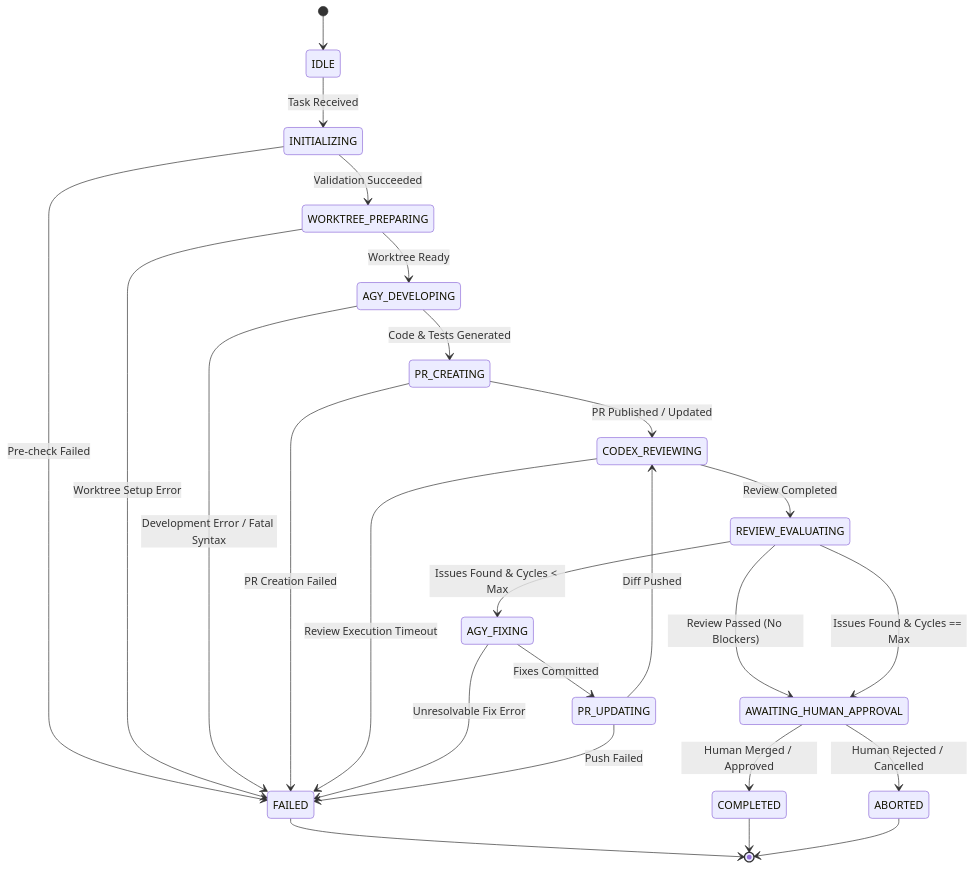
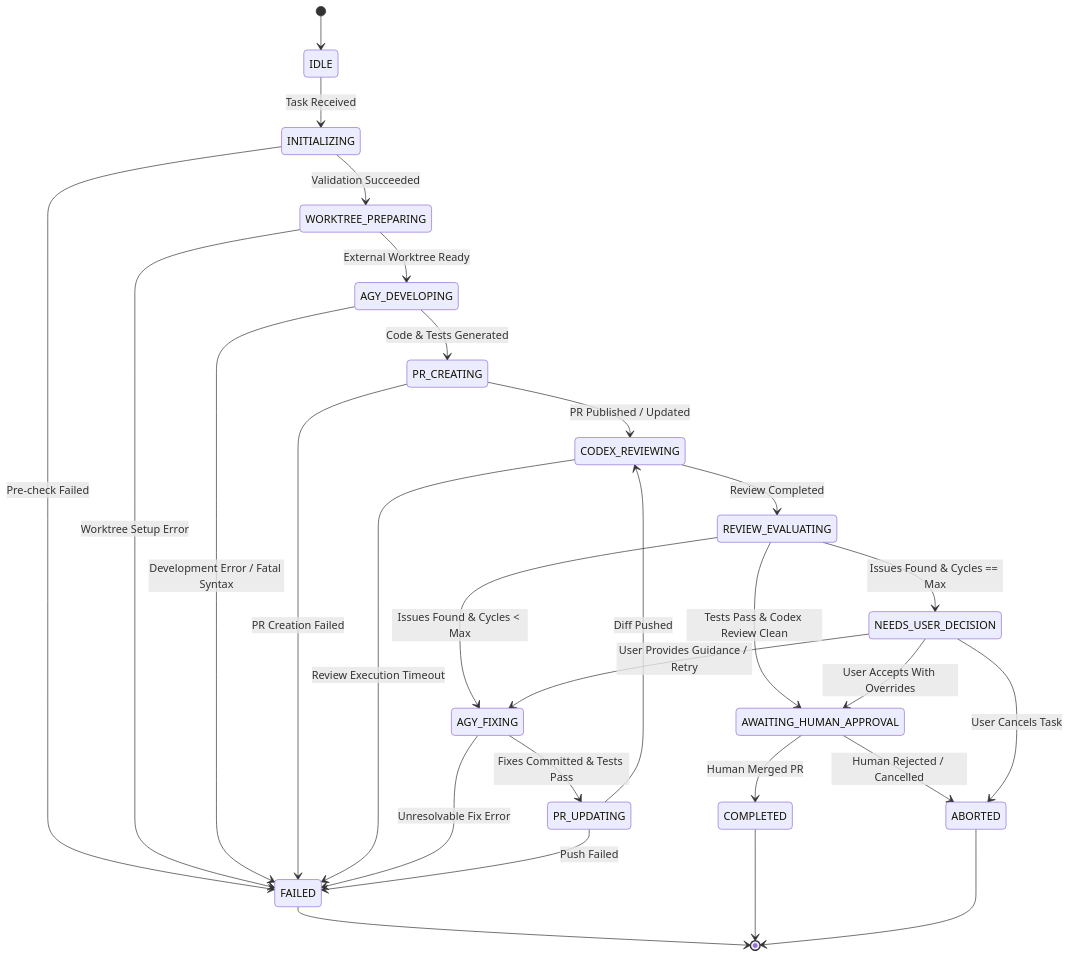
The diagram in docs/state-machine.md (echoleesong/codex-anti-orchestrator), drawn with Mermaid before and after one commit. The commit also changed other lines of this file and 7 other files, not shown here.

Commit message:
fix: resolve PR #1 review blockers (doctor, state machine, external worktrees)

````diff
--- a/docs/state-machine.md
+++ b/docs/state-machine.md
@@ -11,36 +11,40 @@
 ```mermaid
 stateDiagram-v2
     [*] --> IDLE
     IDLE --> INITIALIZING: Task Received
     INITIALIZING --> WORKTREE_PREPARING: Validation Succeeded
     INITIALIZING --> FAILED: Pre-check Failed
 
-    WORKTREE_PREPARING --> AGY_DEVELOPING: Worktree Ready
+    WORKTREE_PREPARING --> AGY_DEVELOPING: External Worktree Ready
     WORKTREE_PREPARING --> FAILED: Worktree Setup Error
 
     AGY_DEVELOPING --> PR_CREATING: Code & Tests Generated
     AGY_DEVELOPING --> FAILED: Development Error / Fatal Syntax
 
     PR_CREATING --> CODEX_REVIEWING: PR Published / Updated
     PR_CREATING --> FAILED: PR Creation Failed
 
     CODEX_REVIEWING --> REVIEW_EVALUATING: Review Completed
     CODEX_REVIEWING --> FAILED: Review Execution Timeout
 
-    REVIEW_EVALUATING --> AWAITING_HUMAN_APPROVAL: Review Passed (No Blockers)
+    REVIEW_EVALUATING --> AWAITING_HUMAN_APPROVAL: Tests Pass & Codex Review Clean
     REVIEW_EVALUATING --> AGY_FIXING: Issues Found & Cycles < Max
-    REVIEW_EVALUATING --> AWAITING_HUMAN_APPROVAL: Issues Found & Cycles == Max
+    REVIEW_EVALUATING --> NEEDS_USER_DECISION: Issues Found & Cycles == Max
 
-    AGY_FIXING --> PR_UPDATING: Fixes Committed
+    AGY_FIXING --> PR_UPDATING: Fixes Committed & Tests Pass
     AGY_FIXING --> FAILED: Unresolvable Fix Error
 
     PR_UPDATING --> CODEX_REVIEWING: Diff Pushed
     PR_UPDATING --> FAILED: Push Failed
 
-    AWAITING_HUMAN_APPROVAL --> COMPLETED: Human Merged / Approved
+    AWAITING_HUMAN_APPROVAL --> COMPLETED: Human Merged PR
     AWAITING_HUMAN_APPROVAL --> ABORTED: Human Rejected / Cancelled
+
+    NEEDS_USER_DECISION --> AGY_FIXING: User Provides Guidance / Retry
+    NEEDS_USER_DECISION --> AWAITING_HUMAN_APPROVAL: User Accepts With Overrides
+    NEEDS_USER_DECISION --> ABORTED: User Cancels Task
 
     FAILED --> [*]
     COMPLETED --> [*]
     ABORTED --> [*]
 ```
````
